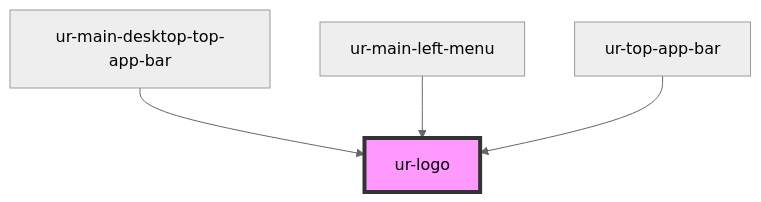
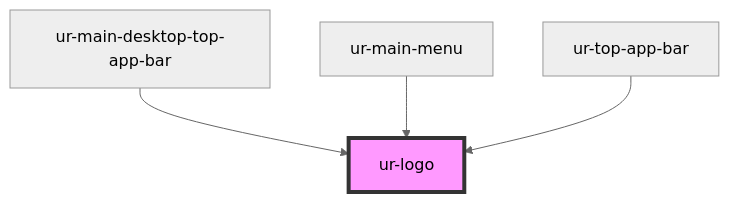
One commit to hellish/urnovl-web-components changed the diagram in src/components/ur-logo/readme.md. Above: the diagram before and after it, drawn with Mermaid (neutral theme). The commit also changed other lines of this file and 10 other files, not shown here.

````diff
--- a/src/components/ur-logo/readme.md
+++ b/src/components/ur-logo/readme.md
@@ -28,7 +28,7 @@
 ```mermaid
 graph TD;
   ur-main-desktop-top-app-bar --> ur-logo
-  ur-main-left-menu --> ur-logo
+  ur-main-menu --> ur-logo
   ur-top-app-bar --> ur-logo
   style ur-logo fill:#f9f,stroke:#333,stroke-width:4px
 ```
````
